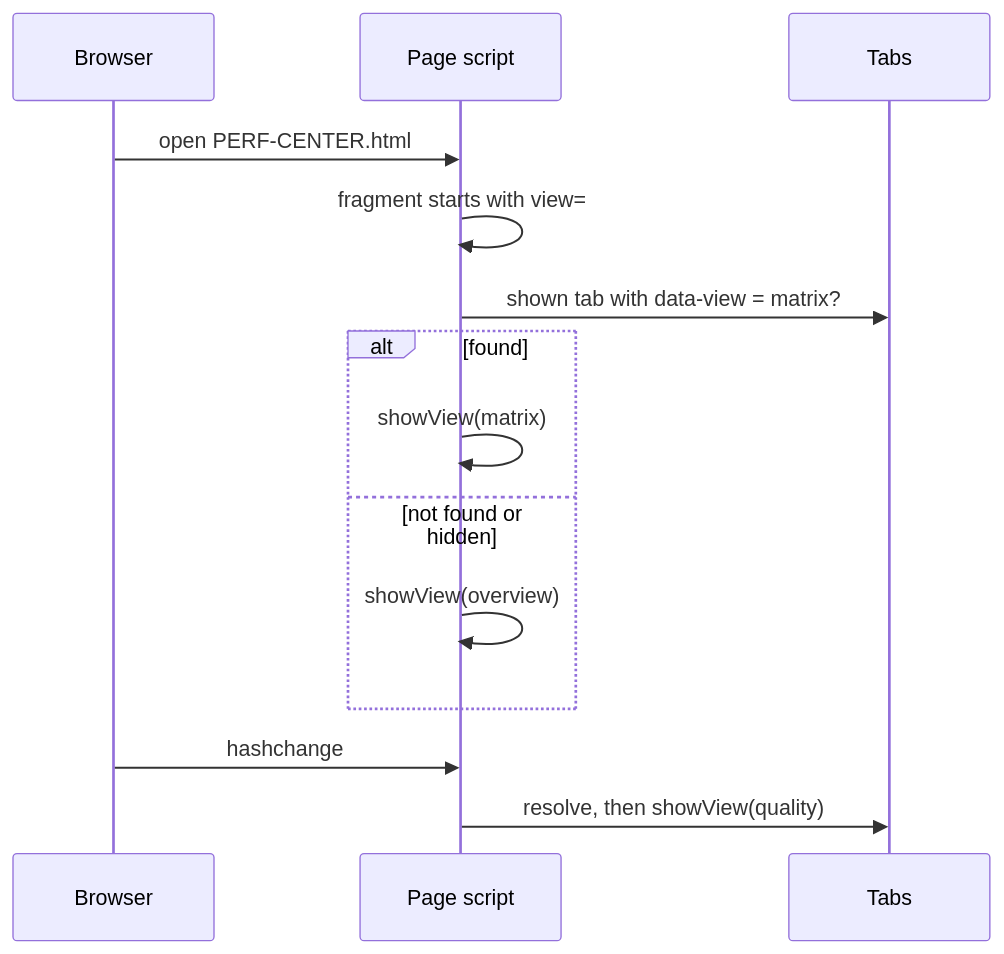
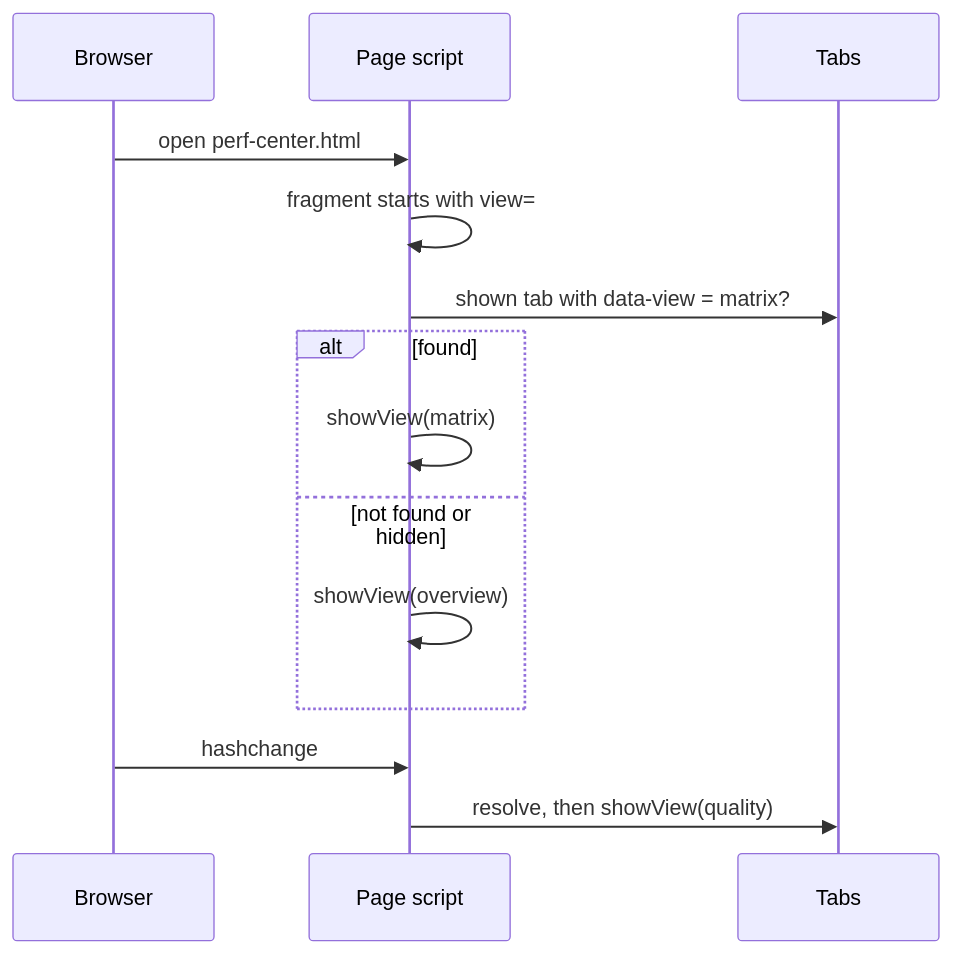
The second of 2 diagrams in agnos-process/2.architecture/ADR-TRC-019-view-deep-links.md (spashx/agnos), drawn with Mermaid before and after one commit. The commit also changed other lines of this file and 16 other files, not shown here.

Commit message:
docs(TRC): ADR-TRC-025/TASK-TRC-130 document graph explorer feature, decisions and plan; align graph path and lowercase perf center names

````diff
--- a/agnos-process/2.architecture/ADR-TRC-019-view-deep-links.md
+++ b/agnos-process/2.architecture/ADR-TRC-019-view-deep-links.md
@@ -60,16 +61,16 @@
 ```mermaid
 sequenceDiagram
   participant B as Browser
   participant P as Page script
   participant T as Tabs
-  B->>P: open PERF-CENTER.html#view=matrix
+  B->>P: open perf-center.html#view=matrix
   P->>P: fragment starts with view=
   P->>T: shown tab with data-view = matrix?
   alt found
     P->>P: showView(matrix)
   else not found or hidden
     P->>P: showView(overview)
   end
   B->>P: hashchange #view=quality
   P->>T: resolve, then showView(quality)
 ```
````
